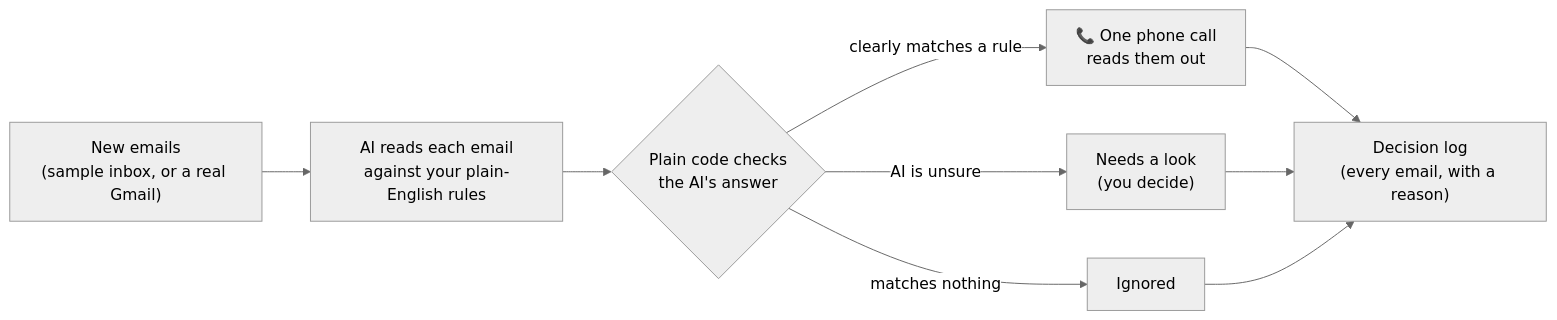
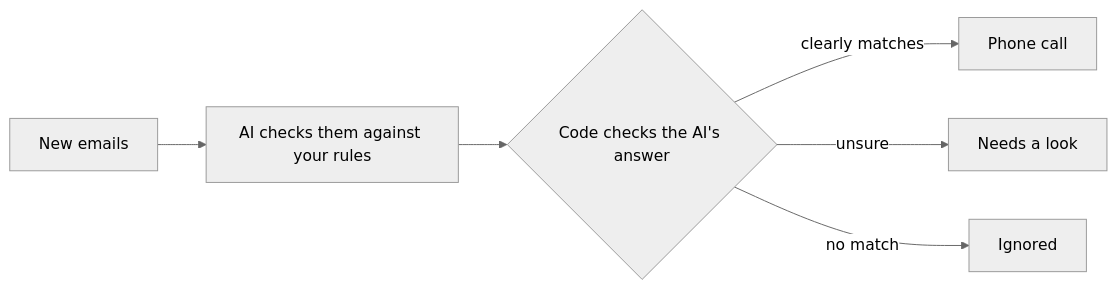
One commit to Himmu1144/ring-inbox changed the diagram in README.md. Above: the diagram before and after it, drawn with Mermaid (neutral theme). The commit also changed other lines of this file, not shown here.

````diff
--- a/README.md
+++ b/README.md
@@ -22,9 +19,8 @@
 ```mermaid
 flowchart LR
-    A["New emails<br/>(sample inbox, or a real Gmail)"] --> B["AI reads each email<br/>against your plain-English rules"]
-    B --> C{"Plain code checks<br/>the AI's answer"}
-    C -- "clearly matches a rule" --> D["📞 One phone call<br/>reads them out"]
-    C -- "AI is unsure" --> E["Needs a look<br/>(you decide)"]
-    C -- "matches nothing" --> F["Ignored"]
-    D & E & F --> G["Decision log<br/>(every email, with a reason)"]
+    A[New emails] --> B[AI checks them against your rules]
+    B --> C{Code checks the AI's answer}
+    C -- clearly matches --> D[Phone call]
+    C -- unsure --> E[Needs a look]
+    C -- no match --> F[Ignored]
 ```
````
